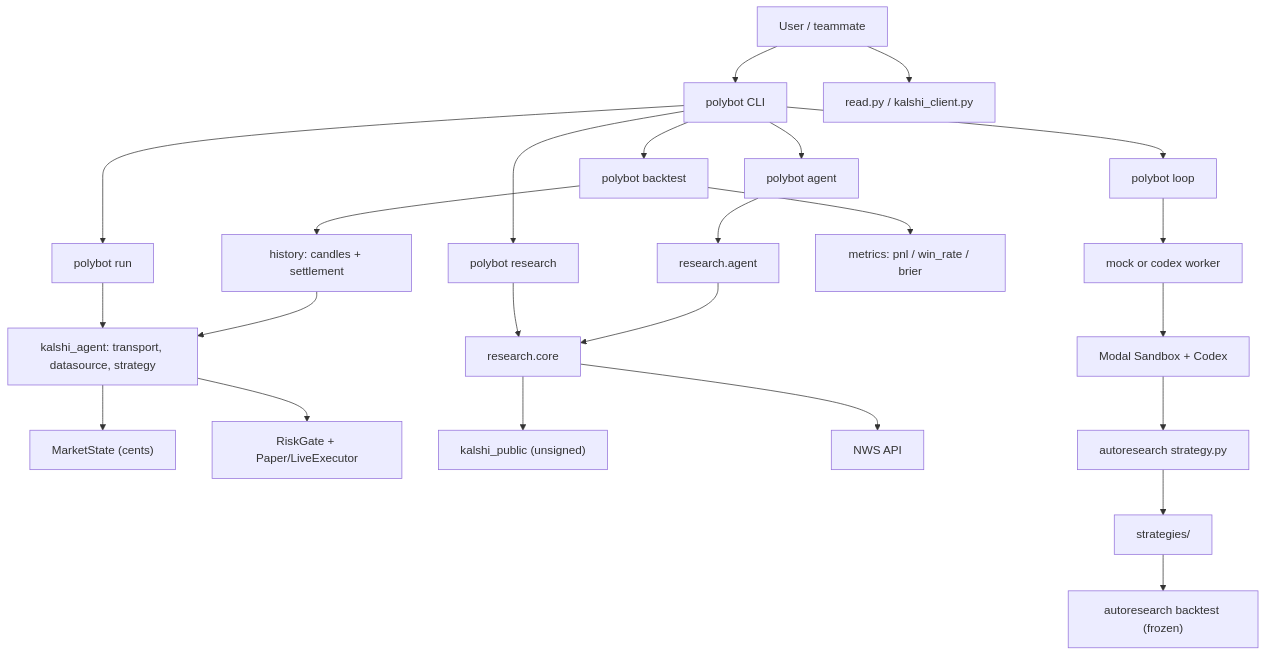
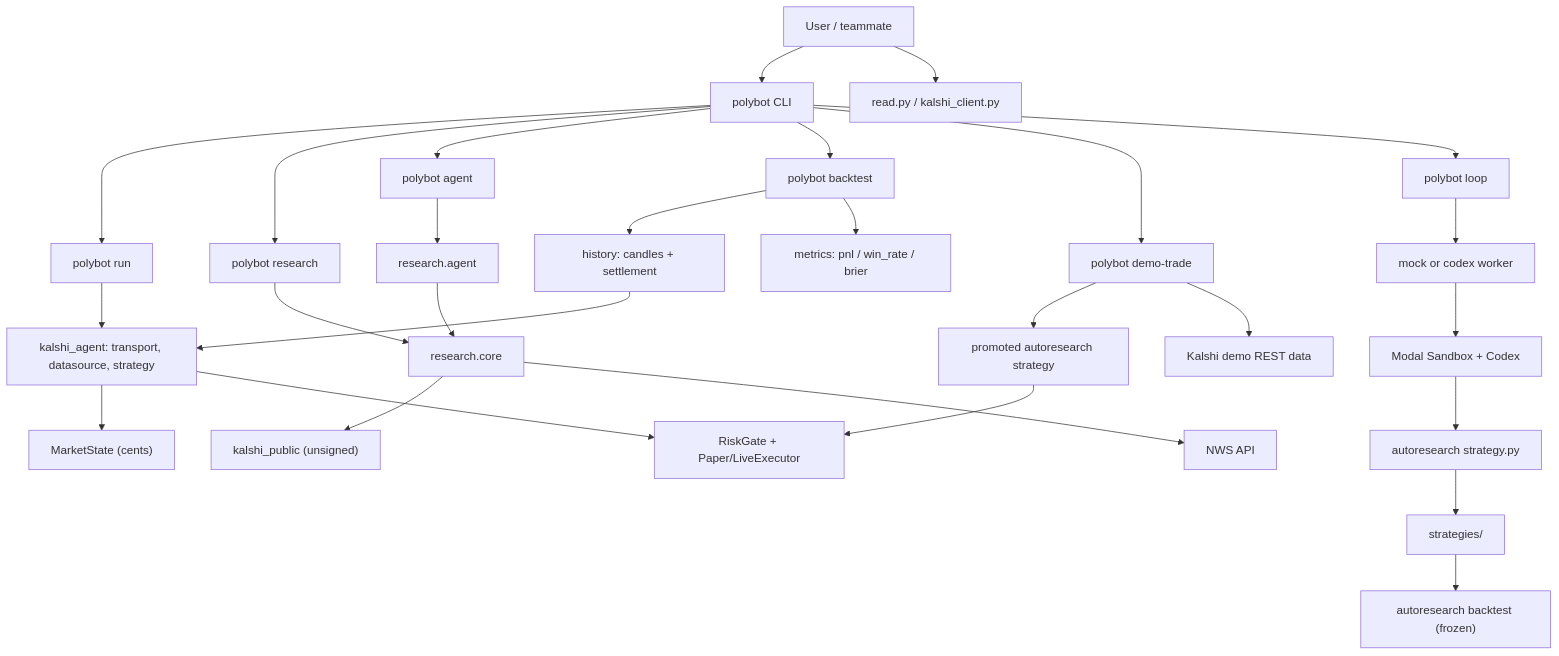
Before and after one commit to Vishnu-Rangiah/polybot: the diagram in README.md, drawn with Mermaid. The commit also changed other lines of this file and 7 other files, not shown here.

````diff
--- a/README.md
+++ b/README.md
@@ -26,31 +27,36 @@
 ```mermaid
 flowchart TD
     User["User / teammate"] --> CLI["polybot CLI"]
     User --> ReadShim["read.py / kalshi_client.py"]
 
     CLI --> PackageDemo["polybot run"]
     CLI --> Research["polybot research"]
     CLI --> Agent["polybot agent"]
     CLI --> HistoricalBacktest["polybot backtest"]
+    CLI --> DemoTrade["polybot demo-trade"]
     CLI --> Loop["polybot loop"]
 
     PackageDemo --> PackageRuntime["kalshi_agent: transport, datasource, strategy"]
     PackageRuntime --> NormalizedState["MarketState (cents)"]
     PackageRuntime --> RiskExecutor["RiskGate + Paper/LiveExecutor"]
 
     Research --> ResearchCore["research.core"]
     Agent --> OpenAIAgent["research.agent"]
     OpenAIAgent --> ResearchCore
     ResearchCore --> KalshiPublic["kalshi_public (unsigned)"]
     ResearchCore --> NWS["NWS API"]
 
     HistoricalBacktest --> History["history: candles + settlement"]
     History --> PackageRuntime
     HistoricalBacktest --> Metrics["metrics: pnl / win_rate / brier"]
 
+    DemoTrade --> Promoted["promoted autoresearch strategy"]
+    DemoTrade --> DemoData["Kalshi demo REST data"]
+    Promoted --> RiskExecutor
+
     Loop --> WorkerChoice["mock or codex worker"]
     WorkerChoice --> ModalSandbox["Modal Sandbox + Codex"]
     ModalSandbox --> CandidateStrategy["autoresearch strategy.py"]
     CandidateStrategy --> Registry["strategies/"]
     Registry --> Backtest["autoresearch backtest (frozen)"]
 ```
````
